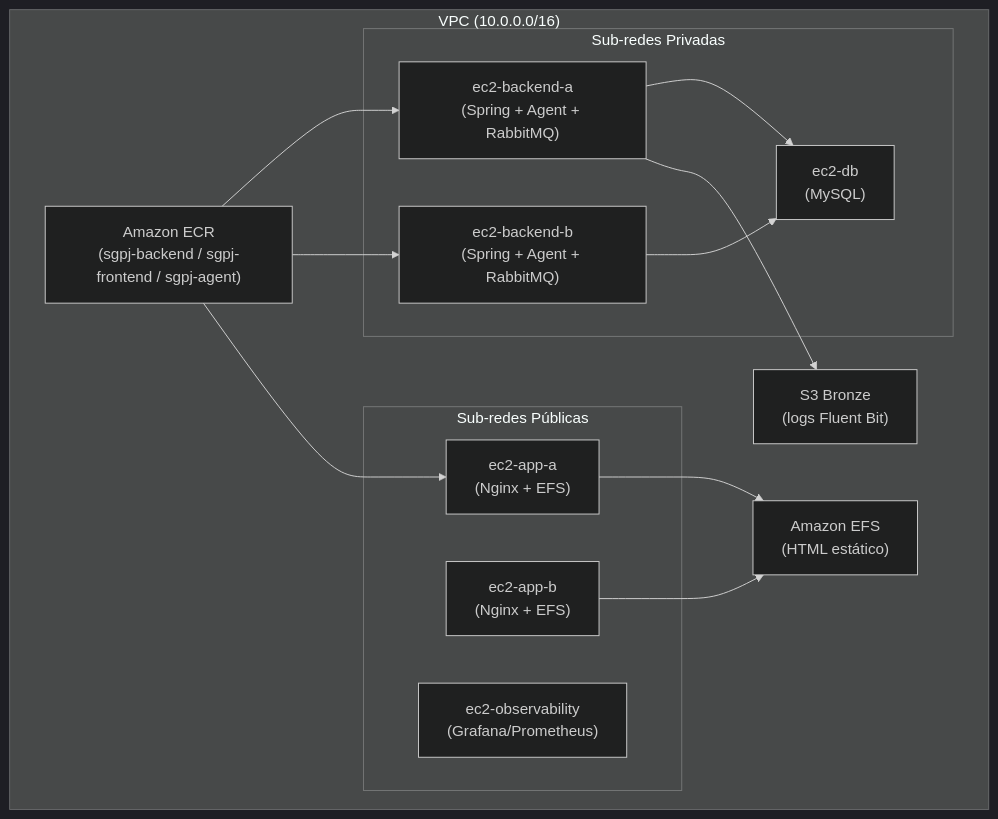
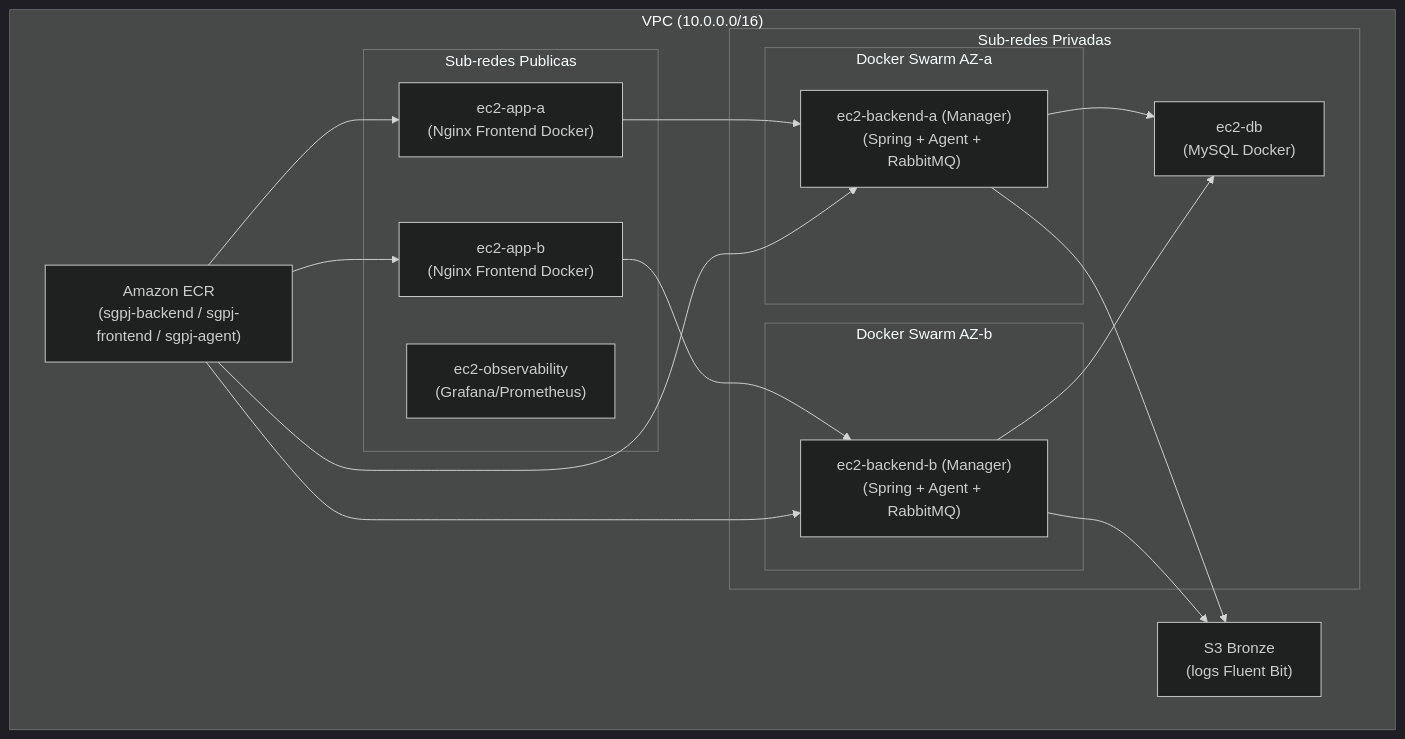
One commit to Projeto-de-Extensao-GP-06/Infraestrutura changed the first of 2 diagrams in PASSO_A_PASSO.md. Above: the diagram before and after it, drawn with Mermaid (dark theme). The commit also changed other lines of this file and 3 other files, not shown here.

First line of the commit message:
Feat/docker swarm (#11)

````diff
--- a/PASSO_A_PASSO.md
+++ b/PASSO_A_PASSO.md
@@ -21,26 +23,31 @@
 ```mermaid
 flowchart TD
     subgraph VPC["VPC (10.0.0.0/16)"]
-        subgraph Pub["Sub-redes Públicas"]
-            AppA["ec2-app-a\n(Nginx + EFS)"]
-            AppB["ec2-app-b\n(Nginx + EFS)"]
+        subgraph Pub["Sub-redes Publicas"]
+            AppA["ec2-app-a\n(Nginx Frontend Docker)"]
+            AppB["ec2-app-b\n(Nginx Frontend Docker)"]
             Obs["ec2-observability\n(Grafana/Prometheus)"]
         end
         subgraph Priv["Sub-redes Privadas"]
-            BkA["ec2-backend-a\n(Spring + Agent + RabbitMQ)"]
-            BkB["ec2-backend-b\n(Spring + Agent + RabbitMQ)"]
-            DB["ec2-db\n(MySQL)"]
+            subgraph SwarmA["Docker Swarm AZ-a"]
+                BkA["ec2-backend-a (Manager)\n(Spring + Agent + RabbitMQ)"]
+            end
+            subgraph SwarmB["Docker Swarm AZ-b"]
+                BkB["ec2-backend-b (Manager)\n(Spring + Agent + RabbitMQ)"]
+            end
+            DB["ec2-db\n(MySQL Docker)"]
         end
-        EFS["Amazon EFS\n(HTML estático)"]
         ECR["Amazon ECR\n(sgpj-backend / sgpj-frontend / sgpj-agent)"]
         S3["S3 Bronze\n(logs Fluent Bit)"]
     end
-    AppA --> EFS
-    AppB --> EFS
+    AppA --> BkA
+    AppB --> BkB
     BkA --> DB
     BkB --> DB
     ECR --> BkA
     ECR --> BkB
     ECR --> AppA
+    ECR --> AppB
     BkA --> S3
+    BkB --> S3
 ```
````
